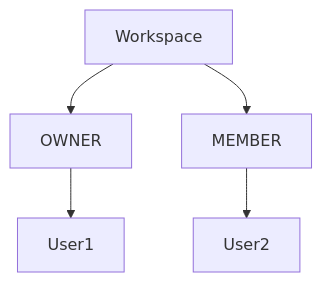
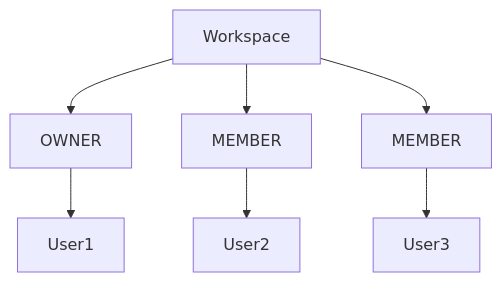
One commit to datnguyxn/LinkFlow changed the third of 3 diagrams in docs/architecture/workspace-member/WorkspaceMember-Architecture.md. Above: the diagram before and after it, drawn with Mermaid. The commit also changed other lines of this file and 14 other files, not shown here.

Commit message:
docs(architecture): add workspace module documentation

````diff
--- a/docs/architecture/workspace-member/WorkspaceMember-Architecture.md
+++ b/docs/architecture/workspace-member/WorkspaceMember-Architecture.md
@@ -94,13 +103,17 @@
 ```mermaid
 flowchart TD
 
 Workspace
 
-Workspace --> WorkspaceMember1[OWNER]
+Workspace --> Owner[OWNER]
 
-Workspace --> WorkspaceMember2[MEMBER]
+Workspace --> Member1[MEMBER]
 
-WorkspaceMember1 --> User1
+Workspace --> Member2[MEMBER]
 
-WorkspaceMember2 --> User2
+Owner --> User1
+
+Member1 --> User2
+
+Member2 --> User3
 ```
````
